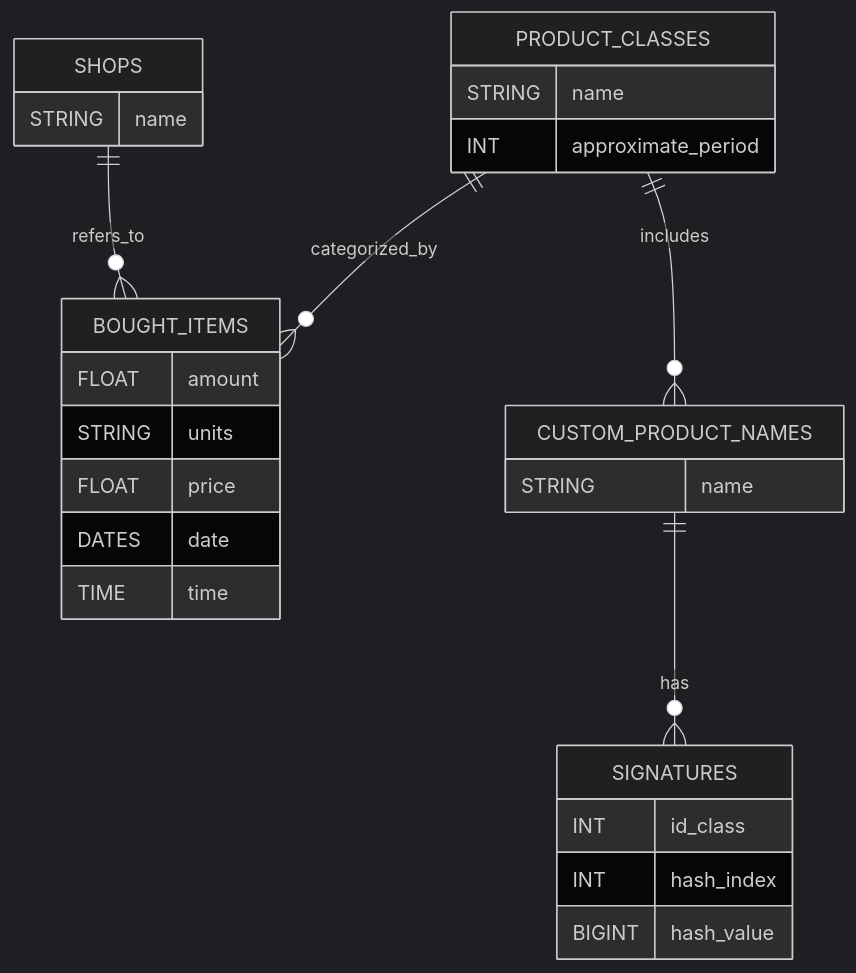
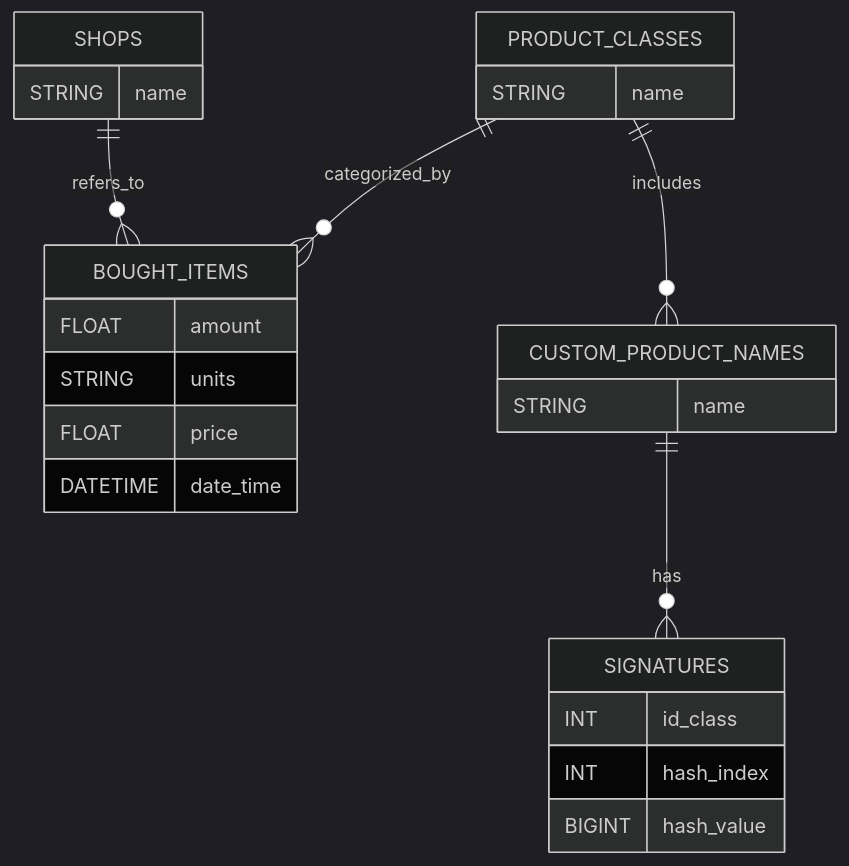
The diagram in readme.md (FrantisekI/zapoctovyProgramUctenky), drawn with Mermaid (dark theme) before and after one commit. The commit also changed 1 other file, not shown here.

Commit message:
Tables created succesfully  up to date with readme

````diff
--- a/readme.md
+++ b/readme.md
@@ -35,32 +35,30 @@
 ```mermaid
 erDiagram
     SHOPS {
         STRING name
     }
     PRODUCT_CLASSES {
         STRING name
-        INT approximate_period
     }
     CUSTOM_PRODUCT_NAMES {
         STRING name
     }
     SIGNATURES {
         INT id_class
         INT hash_index
         BIGINT hash_value
     }
     BOUGHT_ITEMS {
         FLOAT amount
         STRING units
         FLOAT price
-        DATES date
-        TIME time
+        DATETIME date_time
     }
 
 
     SHOPS ||--o{ BOUGHT_ITEMS : refers_to
     PRODUCT_CLASSES ||--o{ BOUGHT_ITEMS : categorized_by
     PRODUCT_CLASSES ||--o{ CUSTOM_PRODUCT_NAMES : includes
     CUSTOM_PRODUCT_NAMES ||--o{ SIGNATURES : has
     
 ```
````
